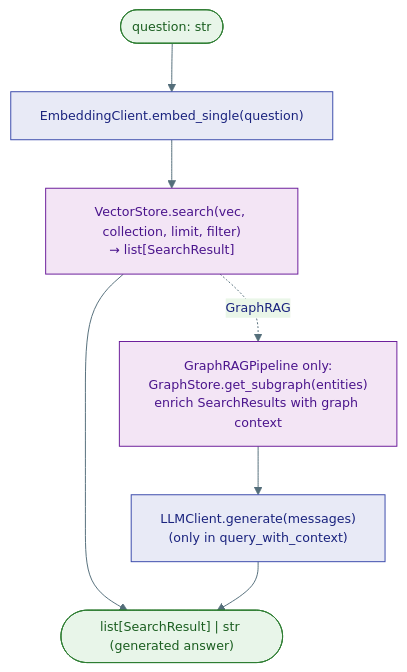
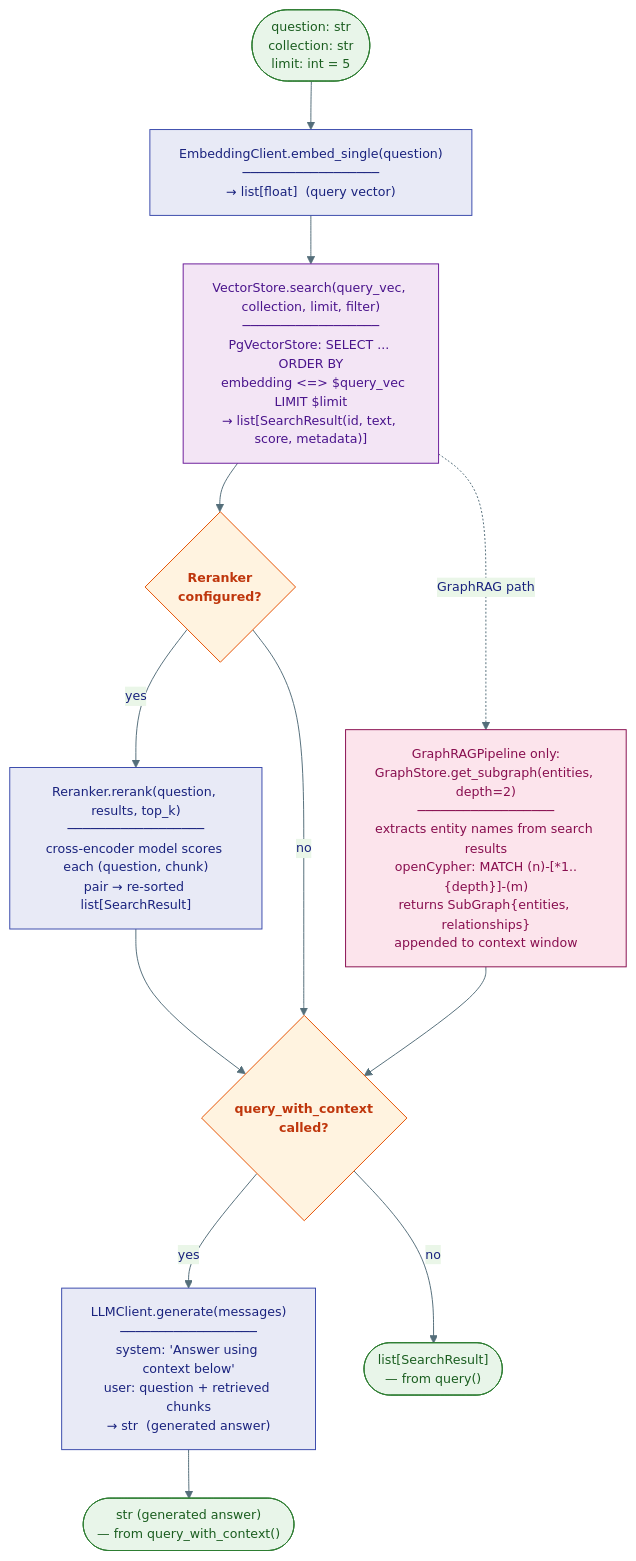
Before and after one commit to Ravikumarchavva/agent-substrate: the third of 3 diagrams in agents/agent-substrate/docs/capabilities/04-knowledge-rag.md, drawn with Mermaid. The commit also changed other lines of this file and 10 other files, not shown here.

First line of the commit message:
Refactor documentation diagrams and enhance Mermaid integration

````diff
--- a/agents/agent-substrate/docs/capabilities/04-knowledge-rag.md
+++ b/agents/agent-substrate/docs/capabilities/04-knowledge-rag.md
@@ -63,17 +78,35 @@
 ```mermaid
 %%{init: {'theme': 'base', 'themeVariables': {'primaryColor': '#E8EAF6','primaryTextColor': '#1A237E','primaryBorderColor': '#3949AB','lineColor': '#546E7A','fontSize': '13px'}}}%%
 flowchart TD
-    classDef proc fill:#E8EAF6,stroke:#3949AB,color:#1A237E
+    classDef proc  fill:#E8EAF6,stroke:#3949AB,color:#1A237E
     classDef store fill:#F3E5F5,stroke:#6A1B9A,color:#4A148C
-    classDef io fill:#E8F5E9,stroke:#2E7D32,color:#1B5E20
+    classDef io    fill:#E8F5E9,stroke:#2E7D32,color:#1B5E20
+    classDef gcls fill:#fce4ec,stroke:#880E4F,color:#880E4F
+    classDef dec   fill:#FFF3E0,stroke:#E65100,color:#BF360C,font-weight:bold
 
-    Q(["question: str"]):::io
-    EMBS["EmbeddingClient.embed_single(question)"]:::proc
-    SEARCH["VectorStore.search(vec, collection, limit, filter)\n→ list[SearchResult]"]:::store
-    GRAPH2["GraphRAGPipeline only:\nGraphStore.get_subgraph(entities)\nenrich SearchResults with graph context"]:::store
-    GEN["LLMClient.generate(messages)\n(only in query_with_context)"]:::proc
-    OUT(["list[SearchResult] | str (generated answer)"]):::io
+    Q(["question: str<br/>collection: str<br/>limit: int = 5"]):::io
 
-    Q --> EMBS --> SEARCH --> OUT
-    SEARCH -.->|GraphRAG| GRAPH2 --> GEN --> OUT
+    EMBS["EmbeddingClient.embed_single(question)<br/>──────────────────<br/>→ list[float]  (query vector)"]:::proc
+
+    SEARCH["VectorStore.search(query_vec, collection, limit, filter)<br/>──────────────────<br/>PgVectorStore: SELECT ... ORDER BY<br/>  embedding <=> $query_vec LIMIT $limit<br/>→ list[SearchResult(id, text, score, metadata)]"]:::store
+
+    RERANK{"Reranker<br/>configured?"}:::dec
+
+    RNK["Reranker.rerank(question, results, top_k)<br/>──────────────────<br/>cross-encoder model scores each (question, chunk)<br/>pair → re-sorted list[SearchResult]"]:::proc
+
+    GRAPHONLY["GraphRAGPipeline only:<br/>GraphStore.get_subgraph(entities, depth=2)<br/>──────────────────<br/>extracts entity names from search results<br/>openCypher: MATCH (n)-[*1..{depth}]-(m)<br/>returns SubGraph{entities, relationships}<br/>appended to context window"]:::gcls
+
+    MODE{"query_with_context<br/>called?"}:::dec
+
+    GEN["LLMClient.generate(messages)<br/>──────────────────<br/>system: 'Answer using context below'<br/>user: question + retrieved chunks<br/>→ str  (generated answer)"]:::proc
+
+    OUT1(["list[SearchResult]<br/>— from query()"]):::io
+    OUT2(["str  (generated answer)<br/>— from query_with_context()"]):::io
+
+    Q --> EMBS --> SEARCH --> RERANK
+    RERANK -->|"yes"| RNK --> MODE
+    RERANK -->|"no"| MODE
+    SEARCH -.->|"GraphRAG path"| GRAPHONLY --> MODE
+    MODE -->|"yes"| GEN --> OUT2
+    MODE -->|"no"| OUT1
 ```
````
